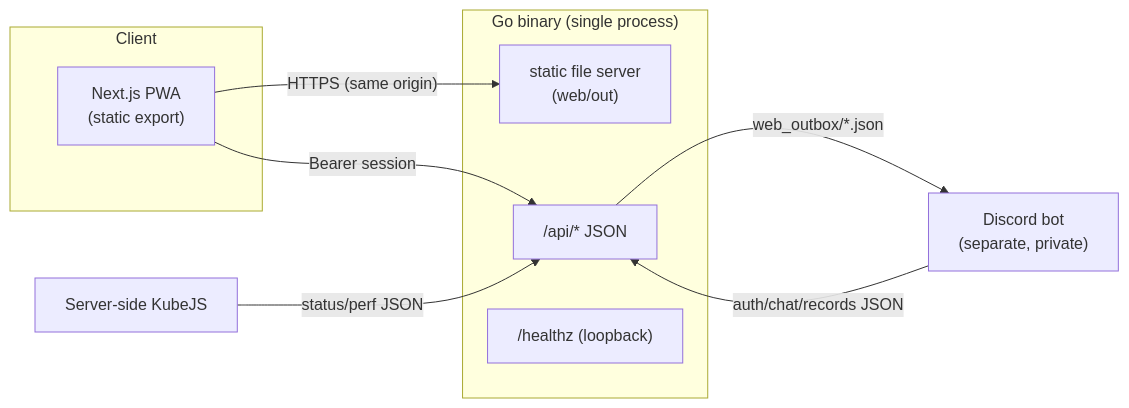
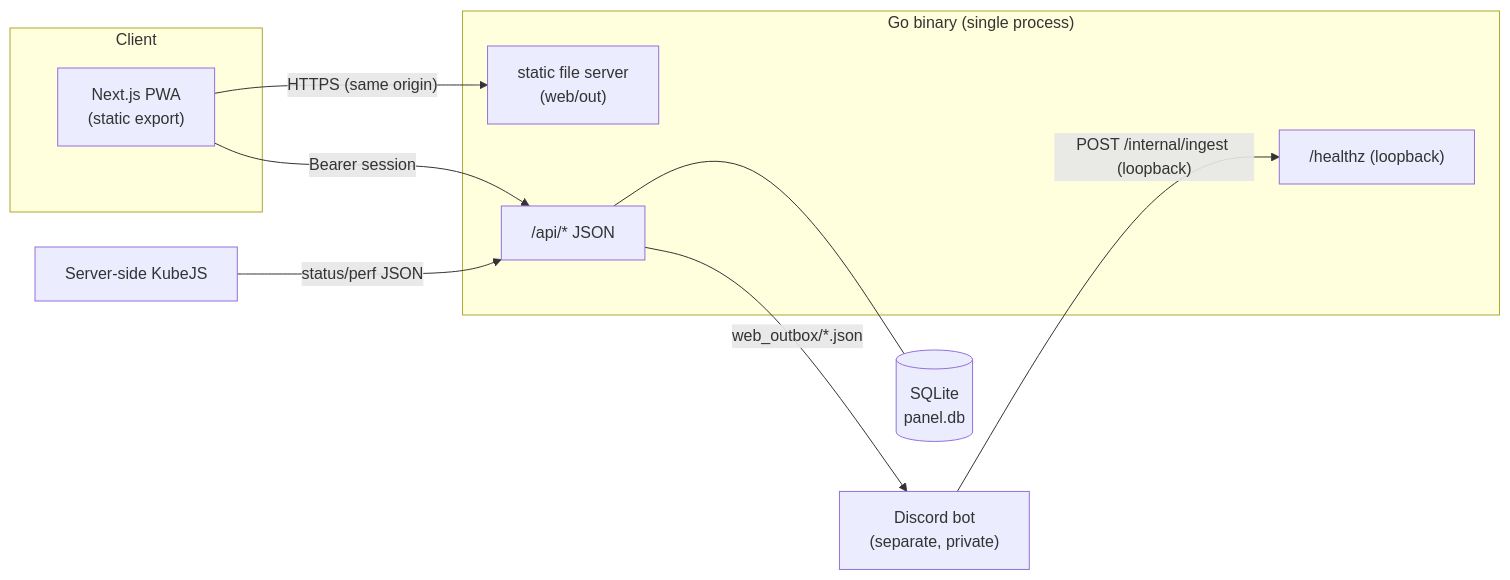
The diagram in README.en.md (Kim-Geonwoo/mc-panel-pwa), drawn with Mermaid before and after one commit. The commit also changed other lines of this file and 4 other files, not shown here.

````diff
--- a/README.en.md
+++ b/README.en.md
@@ -37,19 +37,21 @@
 ```mermaid
 flowchart LR
   subgraph Client
     PWA["Next.js PWA<br/>(static export)"]
   end
   subgraph Backend["Go binary (single process)"]
     Static["static file server<br/>(web/out)"]
     API["/api/* JSON"]
     Health["/healthz (loopback)"]
   end
   Bot["Discord bot<br/>(separate, private)"]
   KubeJS["Server-side KubeJS"]
+  DB[("SQLite<br/>panel.db")]
 
   PWA -- "HTTPS (same origin)" --> Static
   PWA -- "Bearer session" --> API
-  Bot -- "auth/chat/records JSON" --> API
+  API --- DB
+  Bot -- "POST /internal/ingest (loopback)" --> Health
   KubeJS -- "status/perf JSON" --> API
   API -- "web_outbox/*.json" --> Bot
 ```
````
